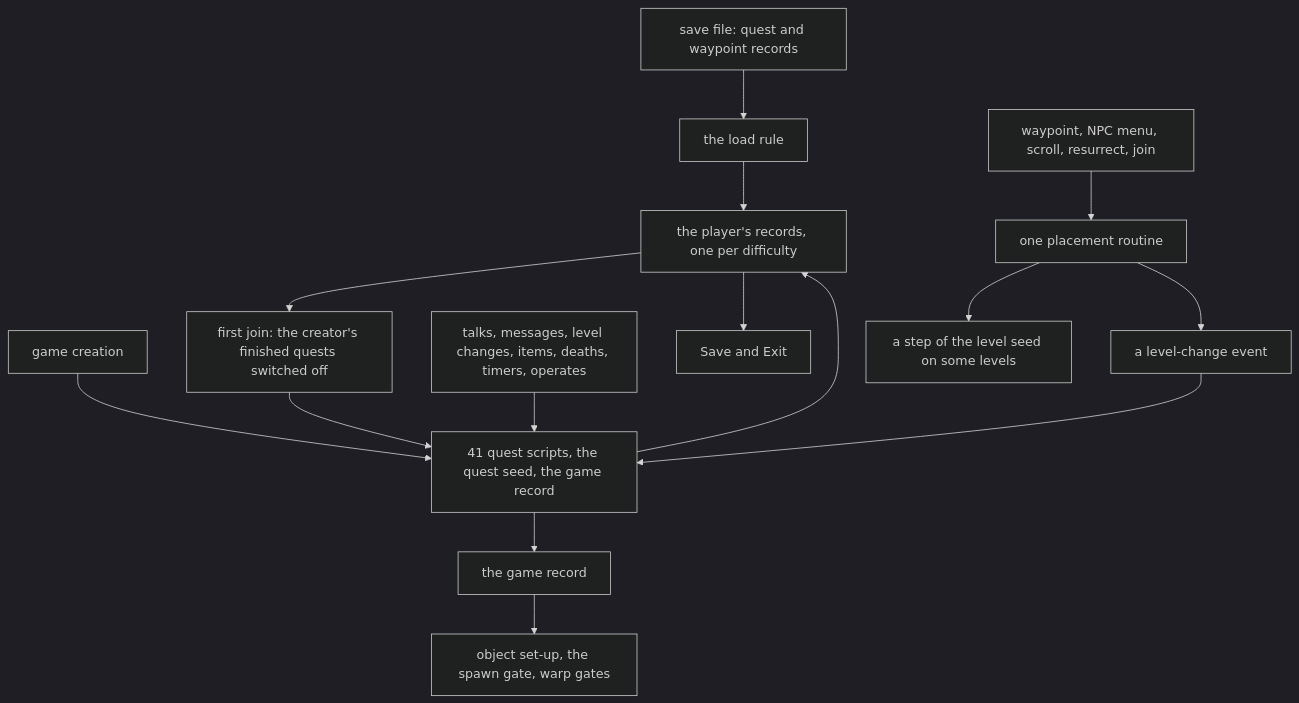
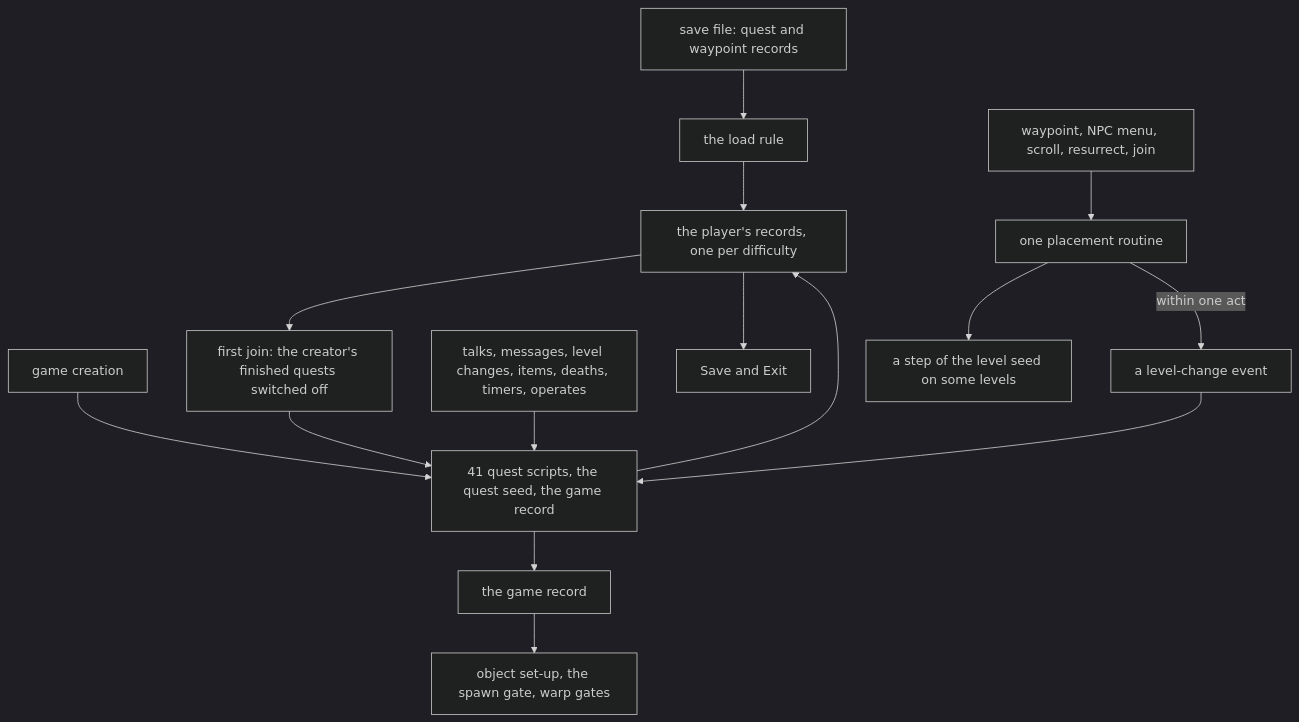
One commit to IgorKonovalov/diablo-2-recompilation changed the first of 9 diagrams in docs/wiki/quests.md. Above: the diagram before and after it, drawn with Mermaid (dark theme). The commit also changed other lines of this file and 2 other files, not shown here.

````diff
--- a/docs/wiki/quests.md
+++ b/docs/wiki/quests.md
@@ -33,17 +35,17 @@
 ```mermaid
 flowchart TD
   save["save file: quest and waypoint records"] --> load["the load rule"]
   load --> rec["the player's records, one per difficulty"]
   create["game creation"] --> qobj["41 quest scripts, the quest seed, the game record"]
   rec --> join["first join: the creator's finished quests switched off"]
   join --> qobj
   ev["talks, messages, level changes, items, deaths, timers, operates"] --> qobj
   qobj --> rec
   qobj --> grec["the game record"]
   grec --> readers["object set-up, the spawn gate, warp gates"]
   click["waypoint, NPC menu, scroll, resurrect, join"] --> place["one placement routine"]
   place --> lseed["a step of the level seed on some levels"]
-  place --> e3["a level-change event"]
+  place -->|"within one act"| e3["a level-change event"]
   e3 --> qobj
   rec --> out["Save and Exit"]
 ```
````
